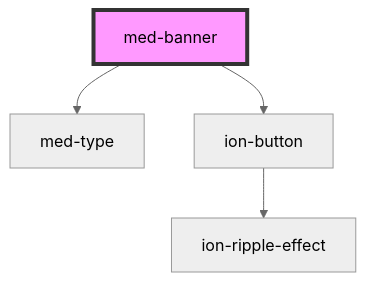
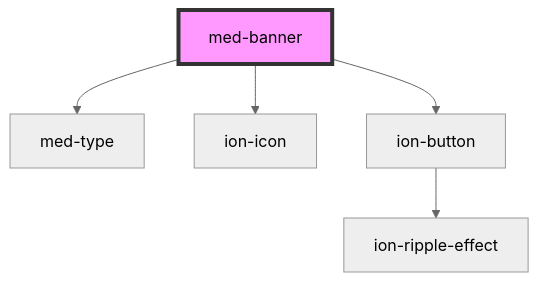
Before and after one commit to MEDGRUPOGIT/ionic-framework-1: the diagram in core/src/components/@medgrupo/core/med-banner/readme.md, drawn with Mermaid (neutral theme). The commit also changed other lines of this file and 386 other files, not shown here.

````diff
--- a/core/src/components/@medgrupo/core/med-banner/readme.md
+++ b/core/src/components/@medgrupo/core/med-banner/readme.md
@@ -36,7 +38,8 @@
 ```mermaid
 graph TD;
   med-banner --> med-type
+  med-banner --> ion-icon
   med-banner --> ion-button
   ion-button --> ion-ripple-effect
   style med-banner fill:#f9f,stroke:#333,stroke-width:4px
 ```
````
